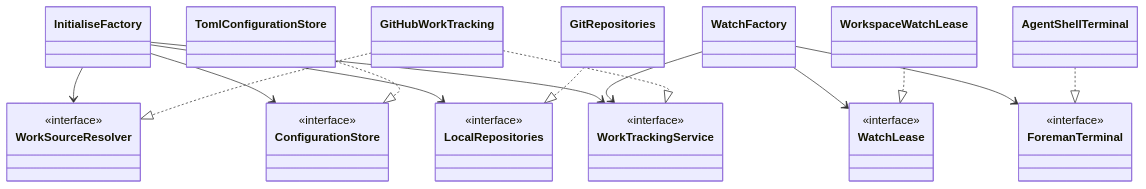
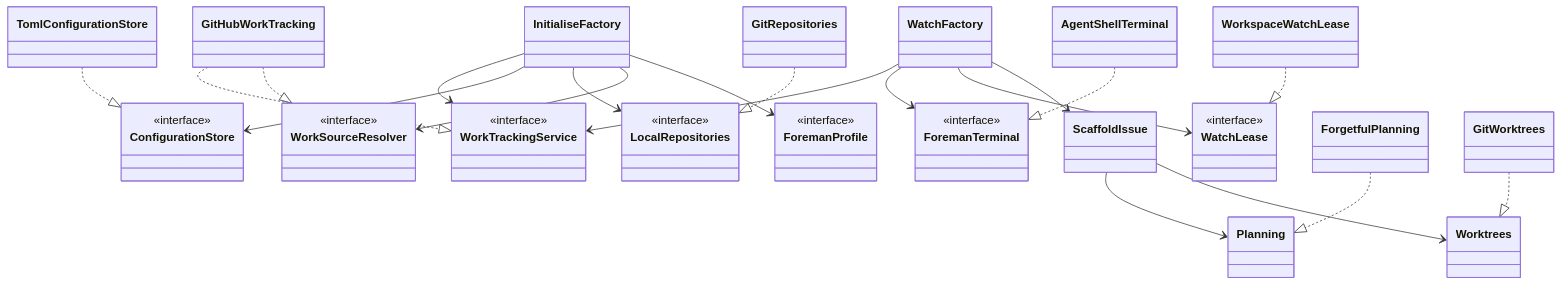
The diagram in docs/architecture.md (ScottRBK/factory), drawn with Mermaid before and after one commit. The commit also changed other lines of this file and 69 other files, not shown here.

First line of the commit message:
feat: add native onboarding and issue planning roles

````diff
--- a/docs/architecture.md
+++ b/docs/architecture.md
@@ -26,35 +33,44 @@
 ```mermaid
 classDiagram
     direction TB
     class WorkTrackingService {
         <<interface>>
     }
     class ConfigurationStore {
         <<interface>>
     }
     class LocalRepositories {
         <<interface>>
     }
     class WorkSourceResolver {
         <<interface>>
     }
     class ForemanTerminal {
         <<interface>>
     }
+    class ForemanProfile {
+        <<interface>>
+    }
     class WatchLease {
         <<interface>>
     }
     InitialiseFactory --> WorkTrackingService
     InitialiseFactory --> ConfigurationStore
     InitialiseFactory --> LocalRepositories
     InitialiseFactory --> WorkSourceResolver
+    InitialiseFactory --> ForemanProfile
     WatchFactory --> WorkTrackingService
     WatchFactory --> ForemanTerminal
     WatchFactory --> WatchLease
+    WatchFactory --> ScaffoldIssue
+    ScaffoldIssue --> Planning
+    ScaffoldIssue --> Worktrees
+    ForgetfulPlanning ..|> Planning
+    GitWorktrees ..|> Worktrees
     GitHubWorkTracking ..|> WorkTrackingService
     GitHubWorkTracking ..|> WorkSourceResolver
     TomlConfigurationStore ..|> ConfigurationStore
     GitRepositories ..|> LocalRepositories
     AgentShellTerminal ..|> ForemanTerminal
     WorkspaceWatchLease ..|> WatchLease
 ```
````
